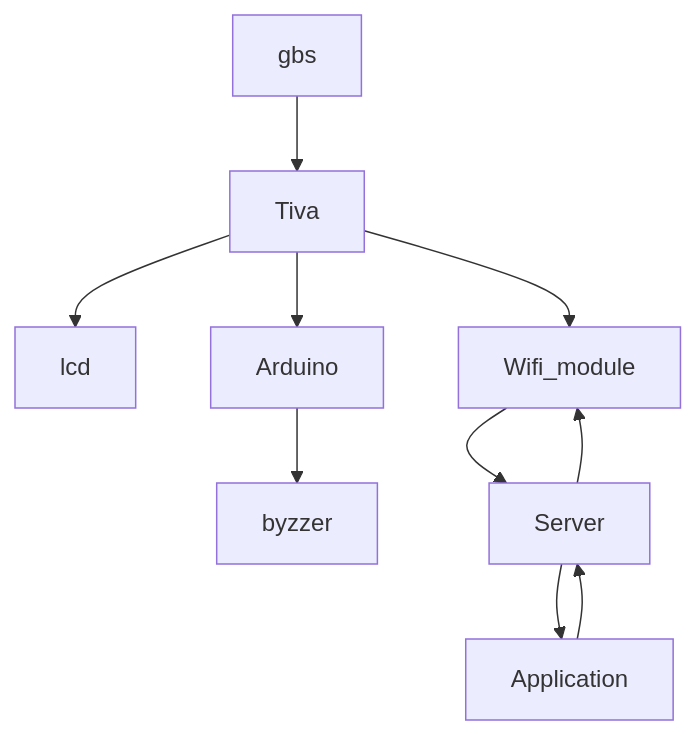
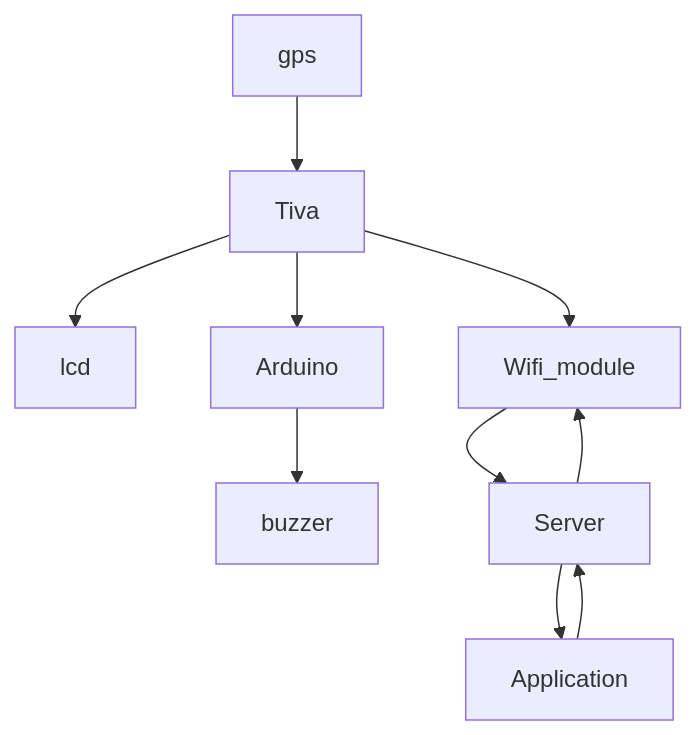
Before and after one commit to abdlrhman08/GPS-Tracker-Tiva: the diagram in README.md, drawn with Mermaid. The commit also changed other lines of this file, not shown here.

````diff
--- a/README.md
+++ b/README.md
@@ -33,13 +33,13 @@
 ```mermaid
 graph TD;
-    gbs-->Tiva;
+    gps-->Tiva;
     Tiva-->lcd;
     Tiva-->Arduino;
-    Arduino-->byzzer;
+    Arduino-->buzzer;
     Tiva-->Wifi_module;
     Wifi_module-->Server;
     Server-->Wifi_module;
     Application-->Server;
     Server-->Application;
     
 ```
````
